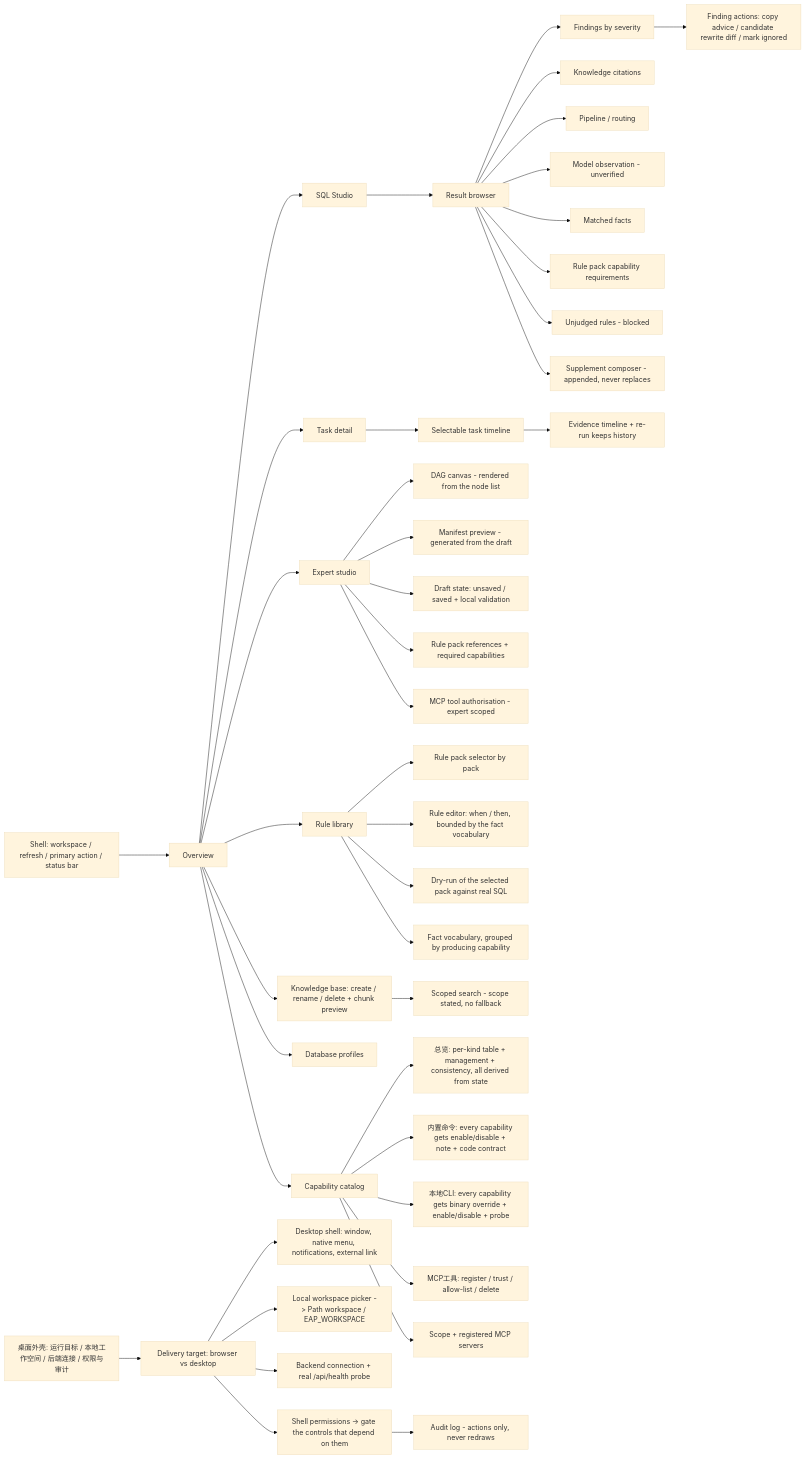
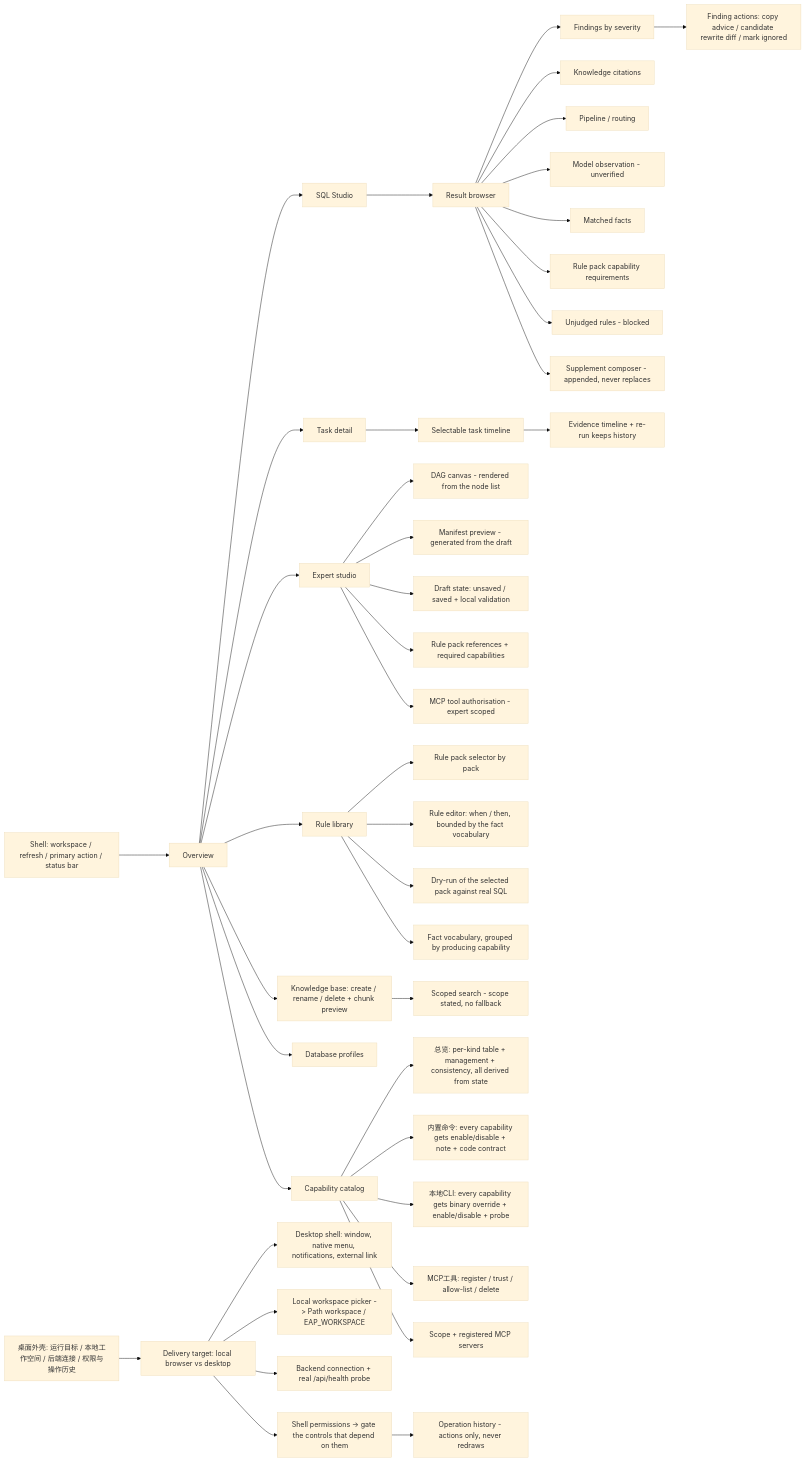
The diagram in docs/frontend-prototype.md (LiaoHan5426/Engineering-Automation-Platform), drawn with Mermaid (base theme) before and after one commit. The commit also changed other lines of this file and 5 other files, not shown here.

````diff
--- a/docs/frontend-prototype.md
+++ b/docs/frontend-prototype.md
@@ -62,44 +73,44 @@
 ```mermaid
 flowchart LR
   SH[Shell: workspace / refresh / primary action / status bar] --> O
   O[Overview] --> S[SQL Studio]
   S --> R[Result browser]
   R --> F[Findings by severity]
   F --> FA[Finding actions: copy advice / candidate rewrite diff / mark ignored]
   R --> K[Knowledge citations]
   R --> P[Pipeline / routing]
   R --> M[Model observation - unverified]
   R --> RP[Matched facts]
   R --> RC[Rule pack capability requirements]
   R --> RB[Unjudged rules - blocked]
   R --> SUP[Supplement composer - appended, never replaces]
   O --> T[Task detail]
   T --> TL[Selectable task timeline]
   TL --> E[Evidence timeline + re-run keeps history]
   O --> X[Expert studio]
   X --> D[DAG canvas - rendered from the node list]
   X --> Mf[Manifest preview - generated from the draft]
   X --> XD[Draft state: unsaved / saved + local validation]
   X --> XR[Rule pack references + required capabilities]
   X --> XM[MCP tool authorisation - expert scoped]
   O --> RU[Rule library]
   RU --> RL[Rule pack selector by pack]
   RU --> RE[Rule editor: when / then, bounded by the fact vocabulary]
   RU --> RD[Dry-run of the selected pack against real SQL]
   RU --> RV[Fact vocabulary, grouped by producing capability]
   O --> KB[Knowledge base: create / rename / delete + chunk preview]
   KB --> KBS[Scoped search - scope stated, no fallback]
   O --> DB[Database profiles]
   O --> C[Capability catalog]
   C --> C0[总览: per-kind table + management + consistency, all derived from state]
   C --> C1[内置命令: every capability gets enable/disable + note + code contract]
   C --> C2[本地CLI: every capability gets binary override + enable/disable + probe]
   C --> C3[MCP工具: register / trust / allow-list / delete]
   C --> CS[Scope + registered MCP servers]
-  SH2[桌面外壳: 运行目标 / 本地工作空间 / 后端连接 / 权限与审计] --> DS[Delivery target: browser vs desktop]
+  SH2[桌面外壳: 运行目标 / 本地工作空间 / 后端连接 / 权限与操作历史] --> DS[Delivery target: local browser vs desktop]
   DS --> DC[Desktop shell: window, native menu, notifications, external link]
   DS --> LW[Local workspace picker -> Path workspace / EAP_WORKSPACE]
   DS --> CN[Backend connection + real /api/health probe]
   DS --> PM[Shell permissions -> gate the controls that depend on them]
-  PM --> AU[Audit log - actions only, never redraws]
+  PM --> AU[Operation history - actions only, never redraws]
 ```
````
